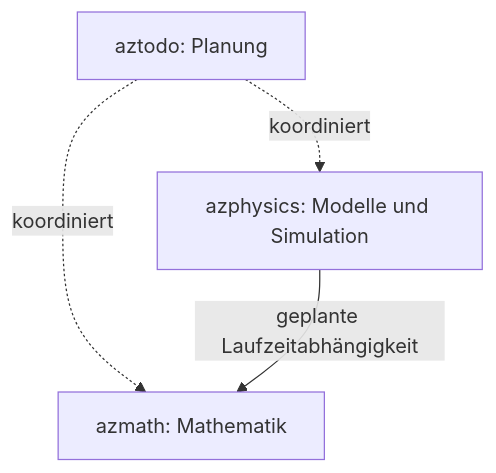
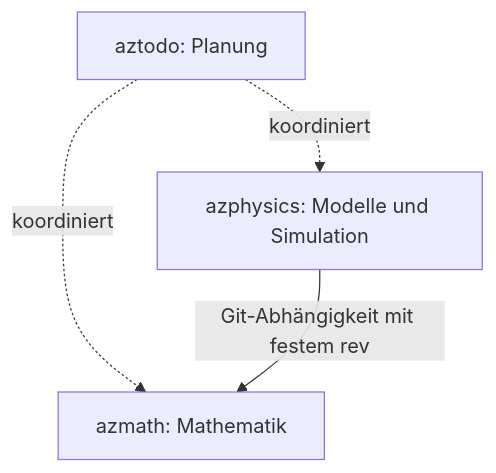
Before and after one commit to Andie2302/aztodo: the diagram in ARCHITECTURE.md, drawn with Mermaid. The commit also changed other lines of this file and 5 other files, not shown here.

````diff
--- a/ARCHITECTURE.md
+++ b/ARCHITECTURE.md
@@ -17,6 +17,6 @@
 ```mermaid
 flowchart TD
     Plan[aztodo: Planung] -. koordiniert .-> Math[azmath: Mathematik]
     Plan -. koordiniert .-> Physics[azphysics: Modelle und Simulation]
-    Physics -->|geplante Laufzeitabhängigkeit| Math
+    Physics -->|Git-Abhängigkeit mit festem rev| Math
 ```
````
